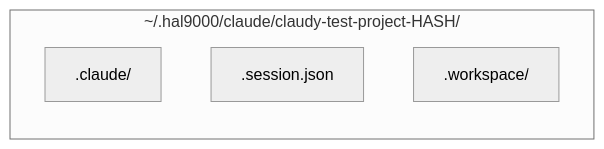
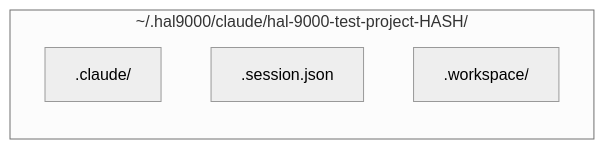
The diagram in plugins/hal-9000/docs/TESTING.md (Hellblazer/hal-9000), drawn with Mermaid (neutral theme) before and after one commit. The commit also changed other lines of this file and 35 other files, not shown here.

First line of the commit message:
Rename claudy to hal-9000 CLI

````diff
--- a/plugins/hal-9000/docs/TESTING.md
+++ b/plugins/hal-9000/docs/TESTING.md
@@ -104,8 +104,8 @@
    ```mermaid
    graph LR
-       subgraph session["~/.hal9000/claude/claudy-test-project-HASH/"]
+       subgraph session["~/.hal9000/claude/hal-9000-test-project-HASH/"]
            claude[".claude/"]
            sessionjson[".session.json"]
            workspace[".workspace/"]
        end
    ```
````
